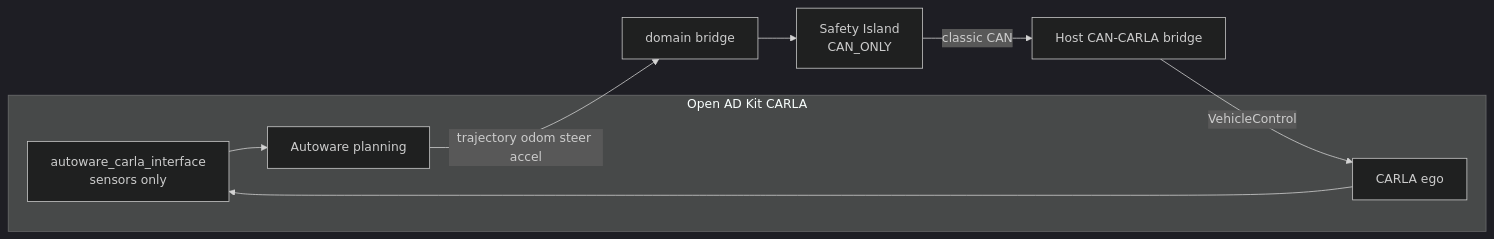
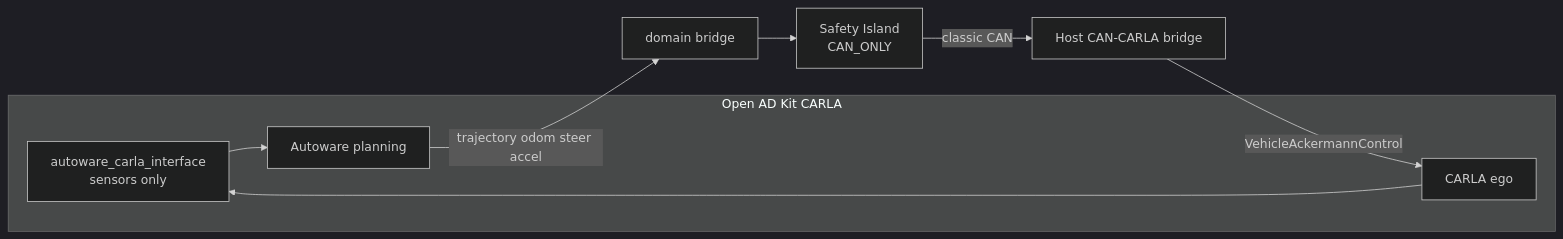
One commit to autowarefoundation/autoware-safety-island changed the second of 2 diagrams in documentation/design/can_carla_integration.rst. Above: the diagram before and after it, drawn with Mermaid (dark theme). The commit also changed other lines of this file and 20 other files, not shown here.

```diff
--- a/documentation/design/can_carla_integration.rst
+++ b/documentation/design/can_carla_integration.rst
@@ -130,19 +130,19 @@
 .. mermaid::
 
    graph LR
        subgraph carla_stack [Open AD Kit CARLA]
            Sensors[autoware_carla_interface<br/>sensors only]
            Planning[Autoware planning]
            CARLA2[CARLA ego]
        end
 
        Bridge2[Host CAN-CARLA bridge]
        DDS[domain bridge]
        SI2[Safety Island<br/>CAN_ONLY]
 
        CARLA2 --> Sensors
        Sensors --> Planning
        Planning -->|trajectory odom steer accel| DDS
        DDS --> SI2
        SI2 -->|classic CAN| Bridge2
-       Bridge2 -->|VehicleControl| CARLA2
+       Bridge2 -->|VehicleAckermannControl| CARLA2
```
